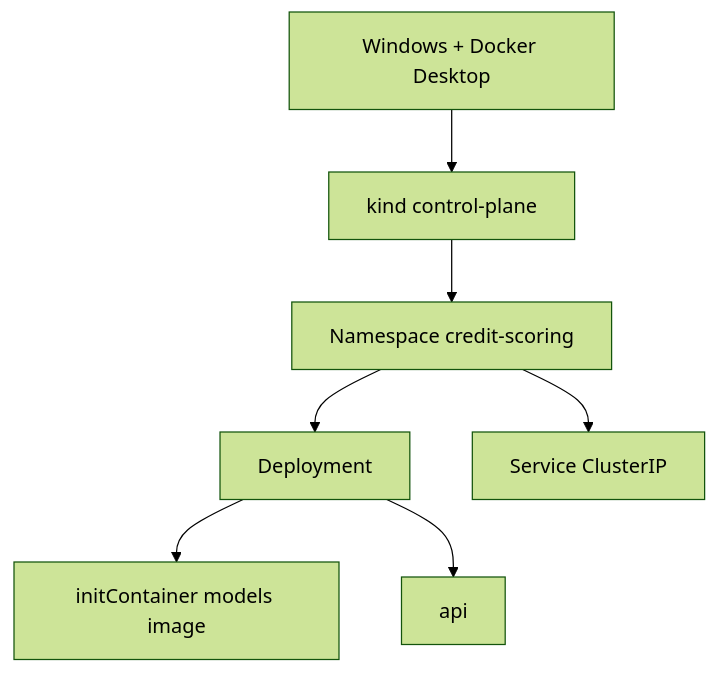
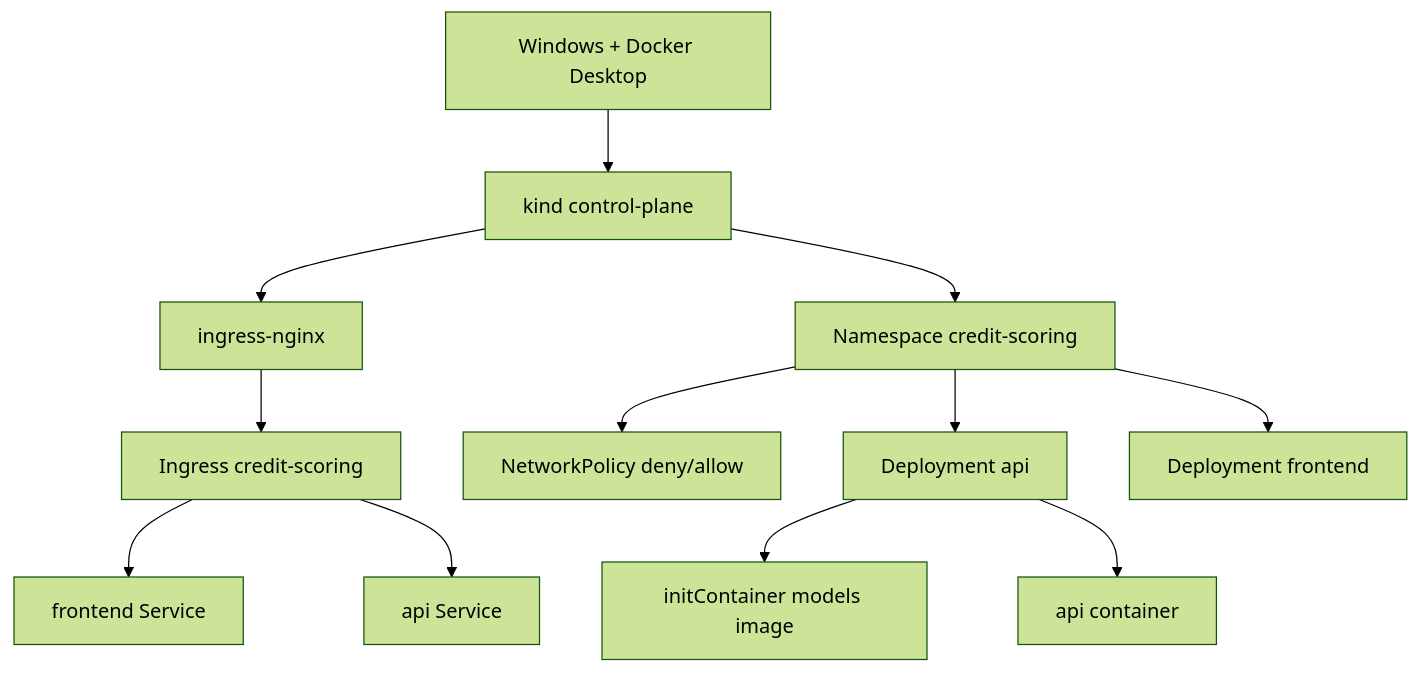
One commit to Serg2311-prog/credit-scoring-mlops-deployment changed the second of 4 diagrams in docs/architecture/overview.md. Above: the diagram before and after it, drawn with Mermaid (forest theme). The commit also changed other lines of this file and 38 other files, not shown here.

Commit message:
Complete stage 3 with frontend, ingress, network policies and DVC

````diff
--- a/docs/architecture/overview.md
+++ b/docs/architecture/overview.md
@@ -24,9 +24,14 @@
 ```mermaid
 flowchart TB
   Host[Windows + Docker Desktop] --> Kind[kind control-plane]
+  Kind --> IngNS[ingress-nginx]
   Kind --> NS[Namespace credit-scoring]
-  NS --> DEP[Deployment]
-  NS --> SVC[Service ClusterIP]
-  DEP --> INIT[initContainer models image]
-  DEP --> CTR[api]
+  IngNS --> Ing[Ingress credit-scoring]
+  Ing --> FE[frontend Service]
+  Ing --> API[api Service]
+  NS --> NP[NetworkPolicy deny/allow]
+  NS --> DEPAPI[Deployment api]
+  NS --> DEPFE[Deployment frontend]
+  DEPAPI --> INIT[initContainer models image]
+  DEPAPI --> CTR[api container]
 ```
````
